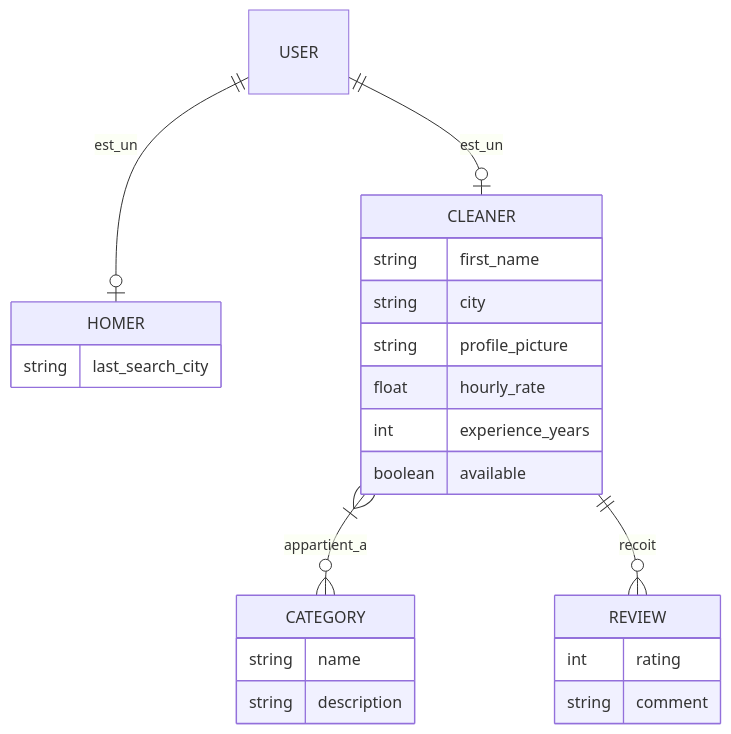
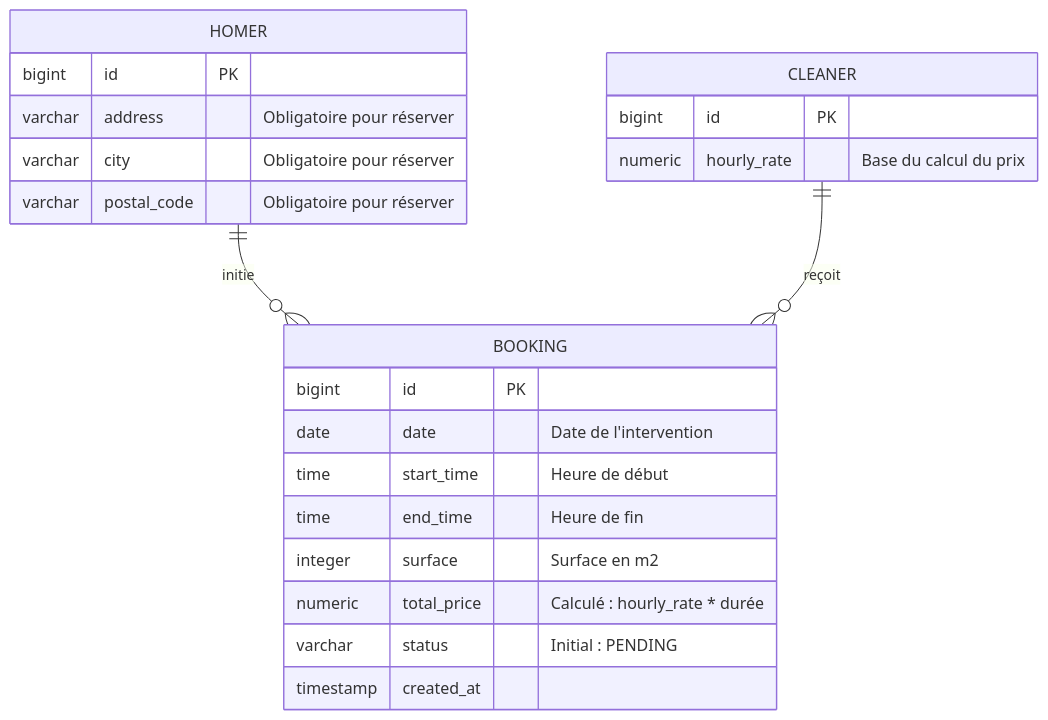
Before and after one commit to Hsaoud/sweethome: the first of 2 diagrams in sweet-home-project/product/specs/spec-feature-auto-cycle-2.md, drawn with Mermaid. The commit also changed other lines of this file and 3 other files, not shown here.

````diff
--- a/sweet-home-project/product/specs/spec-feature-auto-cycle-2.md
+++ b/sweet-home-project/product/specs/spec-feature-auto-cycle-2.md
@@ -5,30 +10,28 @@
 ```mermaid
 erDiagram
-    USER ||--o| HOMER : "est_un"
-    USER ||--o| CLEANER : "est_un"
-    CLEANER }|--o{ CATEGORY : "appartient_a"
-    CLEANER ||--o{ REVIEW : "recoit"
+    HOMER ||--o{ BOOKING : "initie"
+    CLEANER ||--o{ BOOKING : "reçoit"
+    
+    HOMER {
+        bigint id PK
+        varchar address "Obligatoire pour réserver"
+        varchar city "Obligatoire pour réserver"
+        varchar postal_code "Obligatoire pour réserver"
+    }
 
     CLEANER {
-        string first_name
-        string city
-        string profile_picture
-        float hourly_rate
-        int experience_years
-        boolean available
+        bigint id PK
+        numeric hourly_rate "Base du calcul du prix"
     }
 
-    HOMER {
-        string last_search_city
-    }
-
-    CATEGORY {
-        string name
-        string description
-    }
-
-    REVIEW {
-        int rating
-        string comment
+    BOOKING {
+        bigint id PK
+        date date "Date de l'intervention"
+        time start_time "Heure de début"
+        time end_time "Heure de fin"
+        integer surface "Surface en m2"
+        numeric total_price "Calculé : hourly_rate * durée"
+        varchar status "Initial : PENDING"
+        timestamp created_at
     }
 ```
````
